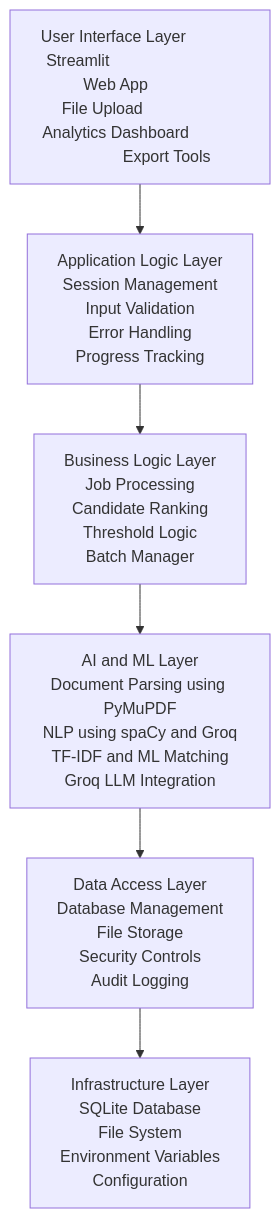
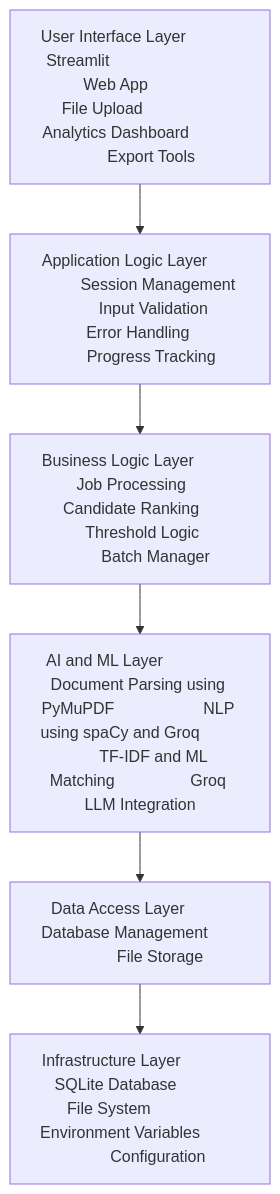
One commit to rishishinde13/Resume-Shortlisting-System changed the diagram in README.md. Above: the diagram before and after it, drawn with Mermaid.

````diff
--- a/README.md
+++ b/README.md
@@ -138,15 +138,15 @@
 ```mermaid
 graph TD
-  UI[User Interface Layer             Streamlit                                    Web App                  File Upload                 Analytics Dashboard                       Export Tools]
-  AL[Application Logic Layer\nSession Management\nInput Validation\nError Handling\nProgress Tracking]
-  BL[Business Logic Layer\nJob Processing\nCandidate Ranking\nThreshold Logic\nBatch Manager]
-  ML[AI and ML Layer\nDocument Parsing using PyMuPDF\nNLP using spaCy and Groq\nTF-IDF and ML Matching\nGroq LLM Integration]
-  DL[Data Access Layer\nDatabase Management\nFile Storage\nSecurity Controls\nAudit Logging]
-  INF[Infrastructure Layer\nSQLite Database\nFile System\nEnvironment Variables\nConfiguration]
+  UI[User Interface Layer             Streamlit                                    Web App                  File Upload                 Analytics Dashboard                Export Tools]
+  AL[Application Logic Layer                Session Management              Input Validation                 Error Handling                Progress Tracking]
+  BL[Business Logic Layer                  Job Processing                 Candidate Ranking                   Threshold Logic                Batch Manager]
+  ML[AI and ML Layer                Document Parsing using PyMuPDF                    NLP using spaCy and Groq                TF-IDF and ML Matching                 Groq LLM Integration]
+  DL[Data Access Layer          Database Management                File Storage]
+  INF[Infrastructure Layer                SQLite Database                 File System                 Environment Variables                 Configuration]
 
   UI --> AL
   AL --> BL
   BL --> ML
   ML --> DL
   DL --> INF
 ```
````
